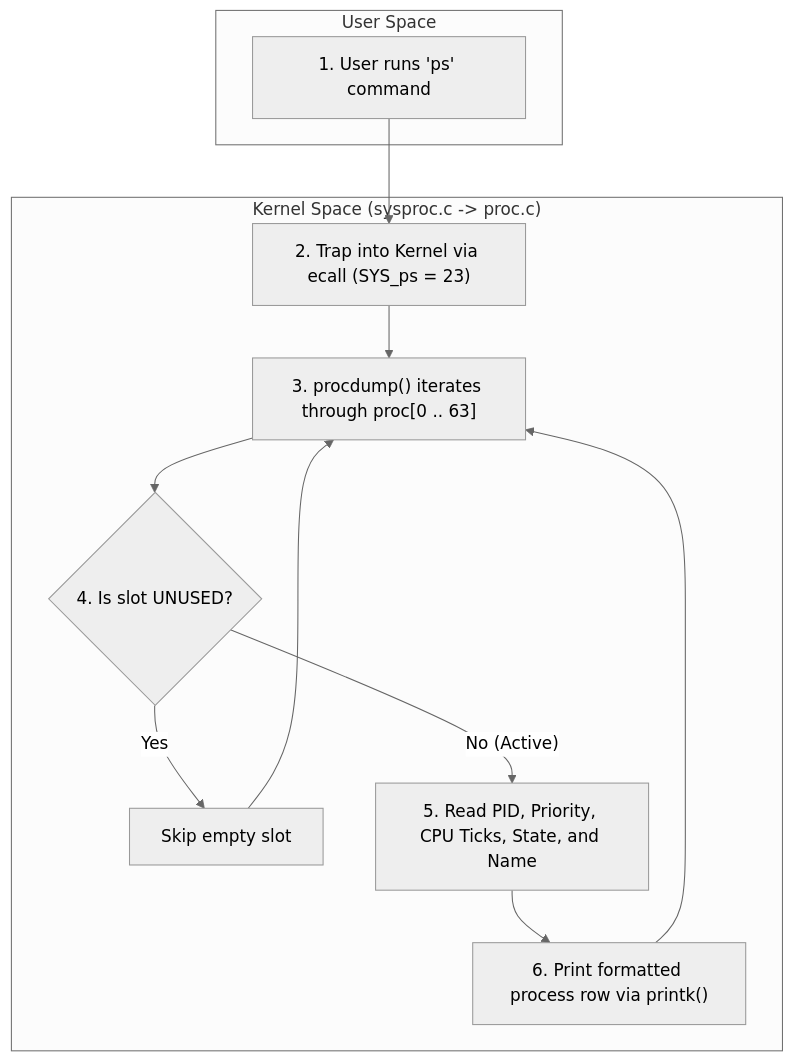
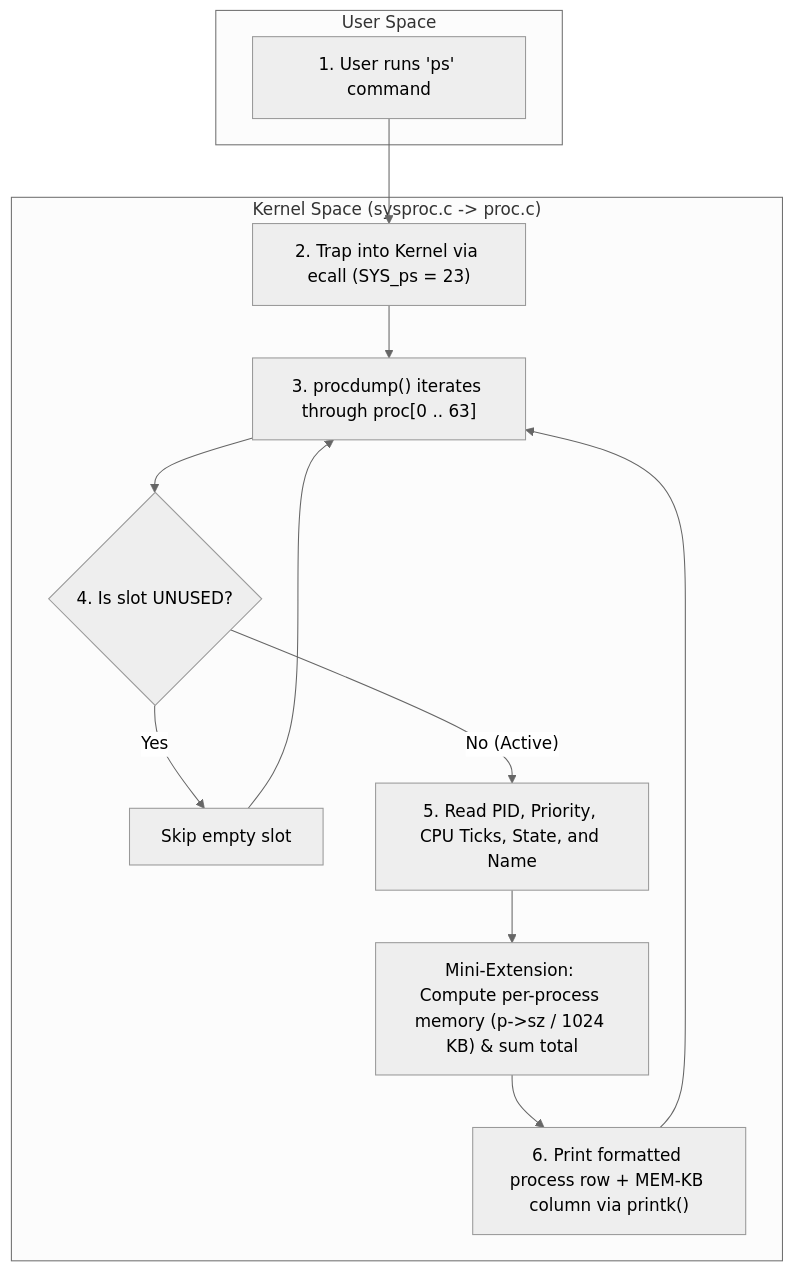
One commit to asbahkhan67-ctrl/xv6-riscv changed the second of 21 diagrams in README.md. Above: the diagram before and after it, drawn with Mermaid (neutral theme). The commit also changed other lines of this file, not shown here.

````diff
--- a/README.md
+++ b/README.md
@@ -170,19 +172,20 @@
 ```mermaid
 flowchart TD
     subgraph User["User Space"]
         U1["1. User runs 'ps' command"]
     end
 
     subgraph Kernel["Kernel Space (sysproc.c -> proc.c)"]
         K1["2. Trap into Kernel via ecall (SYS_ps = 23)"]
         K2["3. procdump() iterates through proc[0 .. 63]"]
         K3{"4. Is slot UNUSED?"}
         K4["Skip empty slot"]
         K5["5. Read PID, Priority, CPU Ticks, State, and Name"]
-        K6["6. Print formatted process row via printk()"]
+        K5M["Mini-Extension: Compute per-process memory (p->sz / 1024 KB) & sum total"]
+        K6["6. Print formatted process row + MEM-KB column via printk()"]
     end
 
     U1 --> K1 --> K2 --> K3
     K3 -- "Yes" --> K4 --> K2
-    K3 -- "No (Active)" --> K5 --> K6 --> K2
+    K3 -- "No (Active)" --> K5 --> K5M --> K6 --> K2
 ```
````
